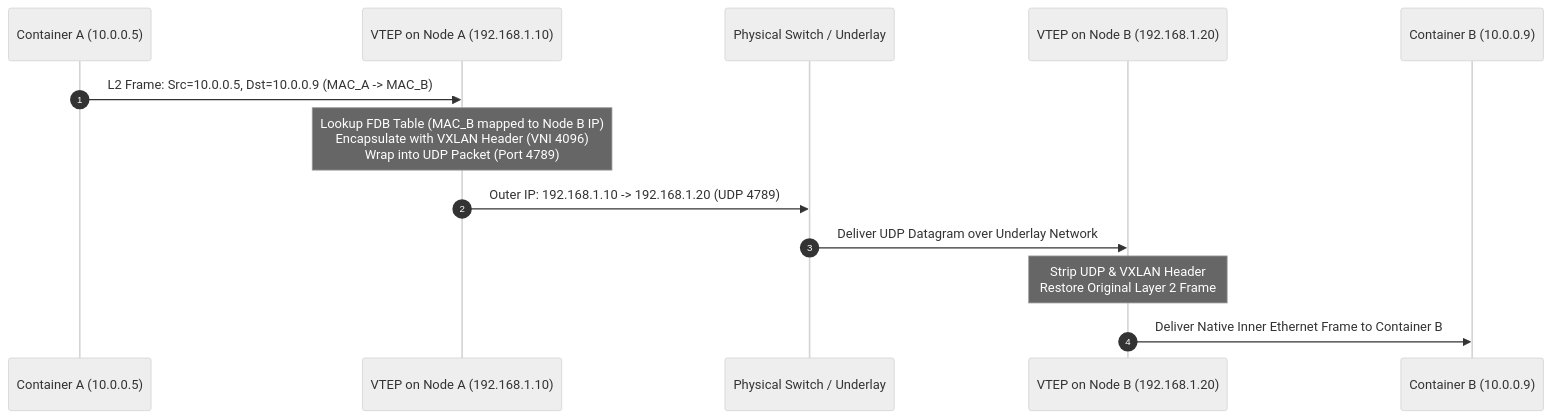
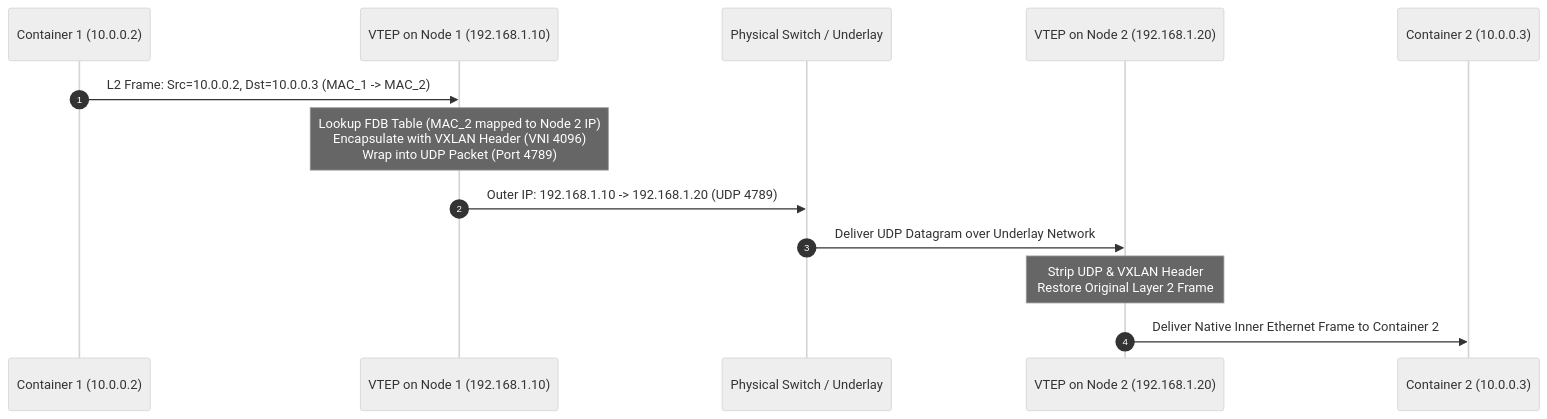
One commit to ifnodoraemon/ifnodoraemon.github.io changed the second of 3 diagrams in content/en/articles/docker-swarm-architecture-raft-routing-mesh.en.md. Above: the diagram before and after it, drawn with Mermaid (neutral theme). The commit also changed other lines of this file and 171 other files, not shown here.

````diff
--- a/content/en/articles/docker-swarm-architecture-raft-routing-mesh.en.md
+++ b/content/en/articles/docker-swarm-architecture-raft-routing-mesh.en.md
@@ -134,16 +137,16 @@
 ```mermaid
 sequenceDiagram
     autonumber
-    participant CA as Container A (10.0.0.5)
-    participant VA as VTEP on Node A (192.168.1.10)
+    participant CA as Container 1 (10.0.0.2)
+    participant VA as VTEP on Node 1 (192.168.1.10)
     participant Switch as Physical Switch / Underlay
-    participant VB as VTEP on Node B (192.168.1.20)
-    participant CB as Container B (10.0.0.9)
+    participant VB as VTEP on Node 2 (192.168.1.20)
+    participant CB as Container 2 (10.0.0.3)
 
-    CA->>VA: L2 Frame: Src=10.0.0.5, Dst=10.0.0.9 (MAC_A -> MAC_B)
-    Note over VA: Lookup FDB Table (MAC_B mapped to Node B IP)<br/>Encapsulate with VXLAN Header (VNI 4096)<br/>Wrap into UDP Packet (Port 4789)
+    CA->>VA: L2 Frame: Src=10.0.0.2, Dst=10.0.0.3 (MAC_1 -> MAC_2)
+    Note over VA: Lookup FDB Table (MAC_2 mapped to Node 2 IP)<br/>Encapsulate with VXLAN Header (VNI 4096)<br/>Wrap into UDP Packet (Port 4789)
     VA->>Switch: Outer IP: 192.168.1.10 -> 192.168.1.20 (UDP 4789)
     Switch->>VB: Deliver UDP Datagram over Underlay Network
     Note over VB: Strip UDP & VXLAN Header<br/>Restore Original Layer 2 Frame
-    VB->>CB: Deliver Native Inner Ethernet Frame to Container B
+    VB->>CB: Deliver Native Inner Ethernet Frame to Container 2
 ```
````
